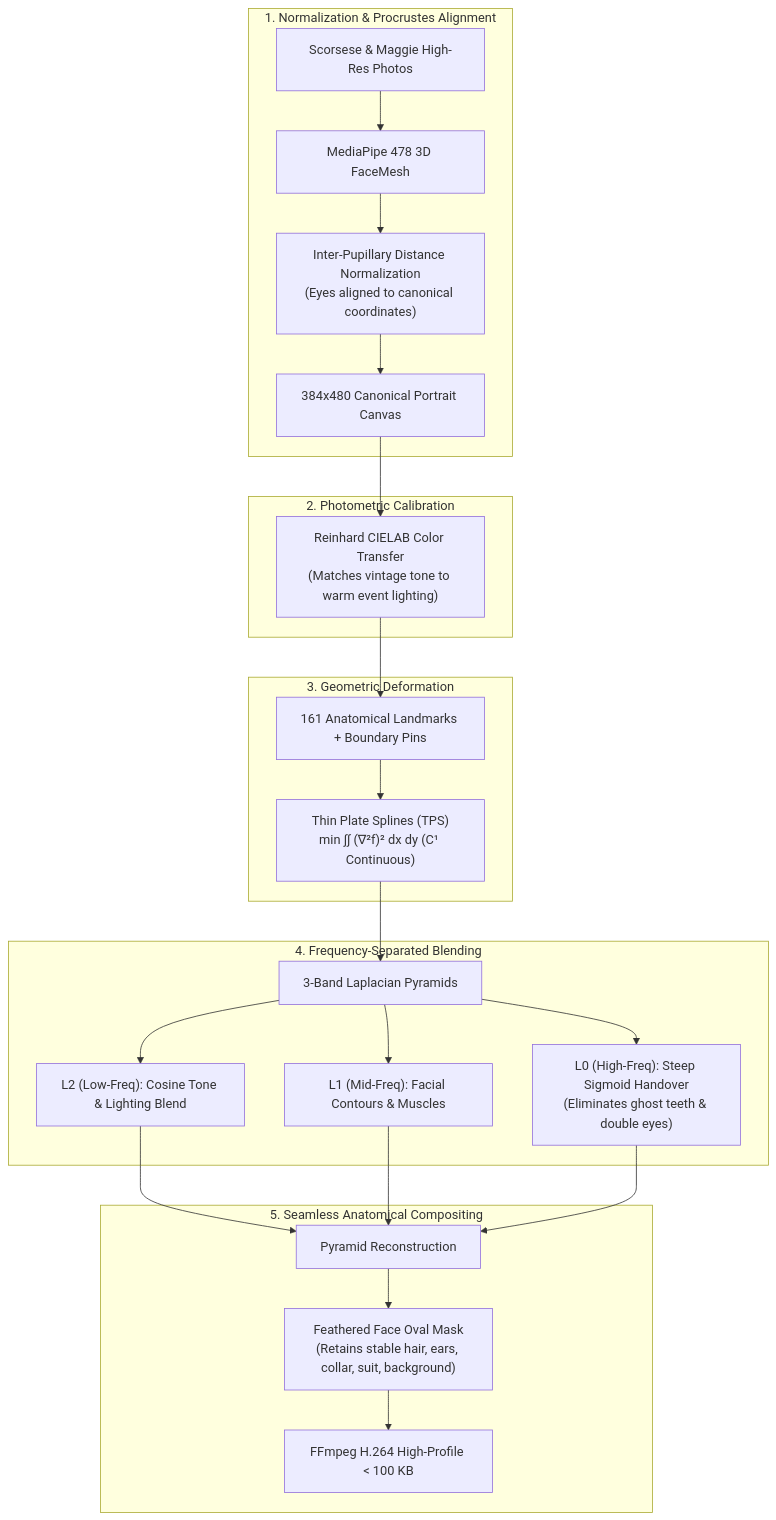
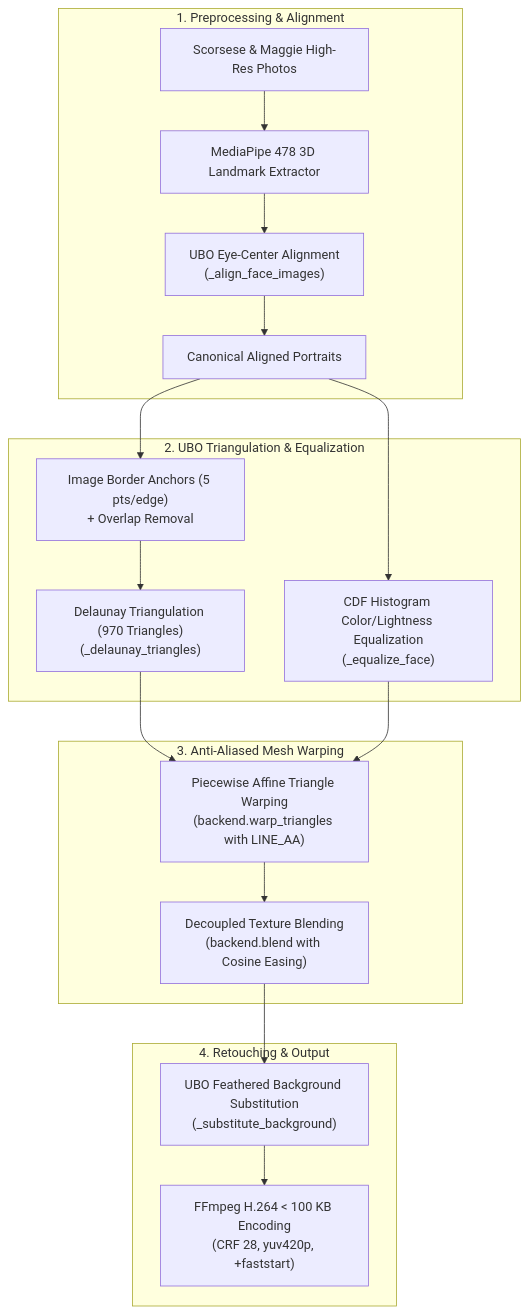
The diagram in README.md (Kabyik-Kayal/face-morph-video), drawn with Mermaid before and after one commit. The commit also changed other lines of this file and 6 other files, not shown here.

````diff
--- a/README.md
+++ b/README.md
@@ -42,30 +44,24 @@
 ```mermaid
 flowchart TD
-    subgraph S1 ["1. Normalization & Procrustes Alignment"]
-        A["Scorsese & Maggie High-Res Photos"] --> B["MediaPipe 478 3D FaceMesh"]
-        B --> C["Inter-Pupillary Distance Normalization<br/>(Eyes aligned to canonical coordinates)"]
-        C --> D["384x480 Canonical Portrait Canvas"]
+    subgraph S1 ["1. Preprocessing & Alignment"]
+        A["Scorsese & Maggie High-Res Photos"] --> B["MediaPipe 478 3D Landmark Extractor"]
+        B --> C["UBO Eye-Center Alignment<br/>(_align_face_images)"]
+        C --> D["Canonical Aligned Portraits"]
     end
 
-    subgraph S2 ["2. Photometric Calibration"]
-        D --> E["Reinhard CIELAB Color Transfer<br/>(Matches vintage tone to warm event lighting)"]
+    subgraph S2 ["2. UBO Triangulation & Equalization"]
+        D --> E["Image Border Anchors (5 pts/edge)<br/>+ Overlap Removal"]
+        E --> F["Delaunay Triangulation (970 Triangles)<br/>(_delaunay_triangles)"]
+        D --> G["CDF Histogram Color/Lightness Equalization<br/>(_equalize_face)"]
     end
 
-    subgraph S3 ["3. Geometric Deformation"]
-        E --> F["161 Anatomical Landmarks + Boundary Pins"]
-        F --> G["Thin Plate Splines (TPS)<br/>min ∫∫ (∇²f)² dx dy (C¹ Continuous)"]
+    subgraph S3 ["3. Anti-Aliased Mesh Warping"]
+        F & G --> H["Piecewise Affine Triangle Warping<br/>(backend.warp_triangles with LINE_AA)"]
+        H --> I["Decoupled Texture Blending<br/>(backend.blend with Cosine Easing)"]
     end
 
-    subgraph S4 ["4. Frequency-Separated Blending"]
-        G --> H["3-Band Laplacian Pyramids"]
-        H --> I["L2 (Low-Freq): Cosine Tone & Lighting Blend"]
-        H --> J["L1 (Mid-Freq): Facial Contours & Muscles"]
-        H --> K["L0 (High-Freq): Steep Sigmoid Handover<br/>(Eliminates ghost teeth & double eyes)"]
-    end
-
-    subgraph S5 ["5. Seamless Anatomical Compositing"]
-        I & J & K --> L["Pyramid Reconstruction"]
-        L --> M["Feathered Face Oval Mask<br/>(Retains stable hair, ears, collar, suit, background)"]
-        M --> N["FFmpeg H.264 High-Profile &lt; 100 KB"]
+    subgraph S4 ["4. Retouching & Output"]
+        I --> J["UBO Feathered Background Substitution<br/>(_substitute_background)"]
+        J --> K["FFmpeg H.264 &lt; 100 KB Encoding<br/>(CRF 28, yuv420p, +faststart)"]
     end
 ```
````
